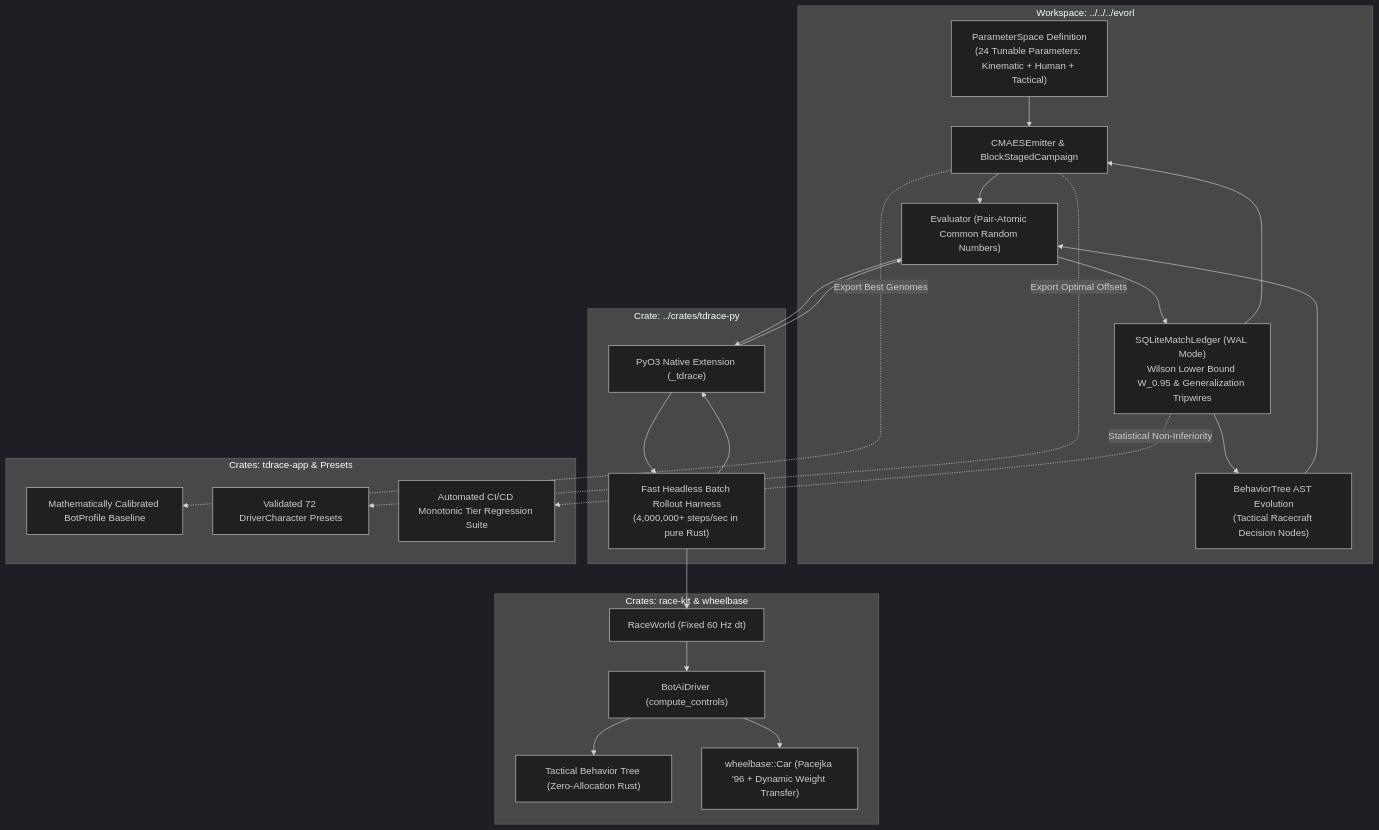
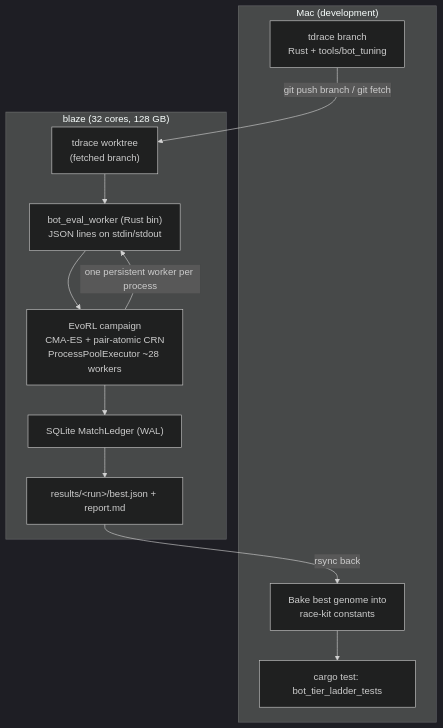
One commit to magomar/tdrace changed the second of 2 diagrams in specs/083_evorl_bot_driving_style_and_performance_optimization.md. Above: the diagram before and after it, drawn with Mermaid (dark theme). The commit also changed other lines of this file and 5 other files, not shown here.

First line of the commit message:
docs(spec): split spec 083 and rewrite it as launch-circuit bot calibration (tdrace-eow3)

````diff
--- a/specs/083_evorl_bot_driving_style_and_performance_optimization.md
+++ b/specs/083_evorl_bot_driving_style_and_performance_optimization.md
@@ -74,48 +87,25 @@
 ```mermaid
 flowchart TD
-    subgraph EvoRL Optimization Framework [Workspace: ../../../evorl]
-        PS["ParameterSpace Definition<br/>(24 Tunable Parameters: Kinematic + Human + Tactical)"]
-        CMA["CMAESEmitter & BlockStagedCampaign"]
-        BT_EVO["BehaviorTree AST Evolution<br/>(Tactical Racecraft Decision Nodes)"]
-        EVAL["Evaluator (Pair-Atomic Common Random Numbers)"]
-        LEDGER["SQLiteMatchLedger (WAL Mode)<br/>Wilson Lower Bound W_0.95 & Generalization Tripwires"]
+    subgraph Mac ["Mac (development)"]
+        CODE["tdrace branch<br/>Rust + tools/bot_tuning"]
+        BAKE["Bake best genome into<br/>race-kit constants"]
+        GATE["cargo test: bot_tier_ladder_tests"]
     end
 
-    subgraph Simulation Acceleration Bridge [Crate: ../crates/tdrace-py]
-        FFI["PyO3 Native Extension (_tdrace)"]
-        HARNESS["Fast Headless Batch Rollout Harness<br/>(4,000,000+ steps/sec in pure Rust)"]
+    subgraph Blaze ["blaze (32 cores, 128 GB)"]
+        WT["tdrace worktree<br/>(fetched branch)"]
+        W["bot_eval_worker (Rust bin)<br/>JSON lines on stdin/stdout"]
+        EVO["EvoRL campaign<br/>CMA-ES + pair-atomic CRN<br/>ProcessPoolExecutor ~28 workers"]
+        LED["SQLite MatchLedger (WAL)"]
+        OUT["results/&lt;run&gt;/best.json + report.md"]
     end
 
-    subgraph Engine Simulation & AI Runtime [Crates: race-kit & wheelbase]
-        RW["RaceWorld<Car> (Fixed 60 Hz dt)"]
-        AI["BotAiDriver (compute_controls)"]
-        BT_RUN["Tactical Behavior Tree (Zero-Allocation Rust)"]
-        CAR["wheelbase::Car (Pacejka '96 + Dynamic Weight Transfer)"]
-    end
-
-    subgraph Production Game Deployment [Crates: tdrace-app & Presets]
-        CALIB["Mathematically Calibrated BotProfile Baseline"]
-        PRESET["Validated 72 DriverCharacter Presets"]
-        GATE["Automated CI/CD Monotonic Tier Regression Suite"]
-    end
-
-    PS --> CMA
-    CMA --> EVAL
-    BT_EVO --> EVAL
-    EVAL --> FFI
-    FFI --> HARNESS
-    HARNESS --> RW
-    RW --> AI
-    AI --> BT_RUN
-    AI --> CAR
-
-    HARNESS --> FFI
-    FFI --> EVAL
-    EVAL --> LEDGER
-    LEDGER --> CMA
-    LEDGER --> BT_EVO
-
-    CMA -.->|Export Best Genomes| CALIB
-    CMA -.->|Export Optimal Offsets| PRESET
-    LEDGER -.->|Statistical Non-Inferiority| GATE
+    CODE -->|git push branch / git fetch| WT
+    WT --> W
+    EVO -->|one persistent worker per process| W
+    W --> EVO
+    EVO --> LED
+    LED --> OUT
+    OUT -->|rsync back| BAKE
+    BAKE --> GATE
 ```
````
